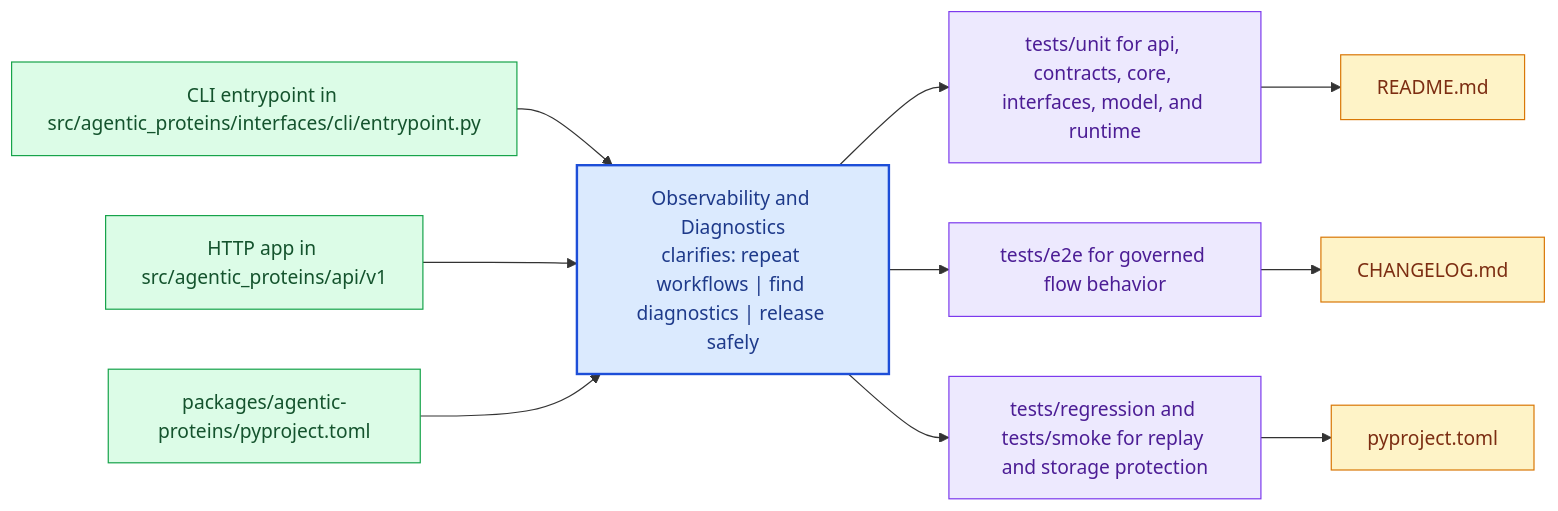
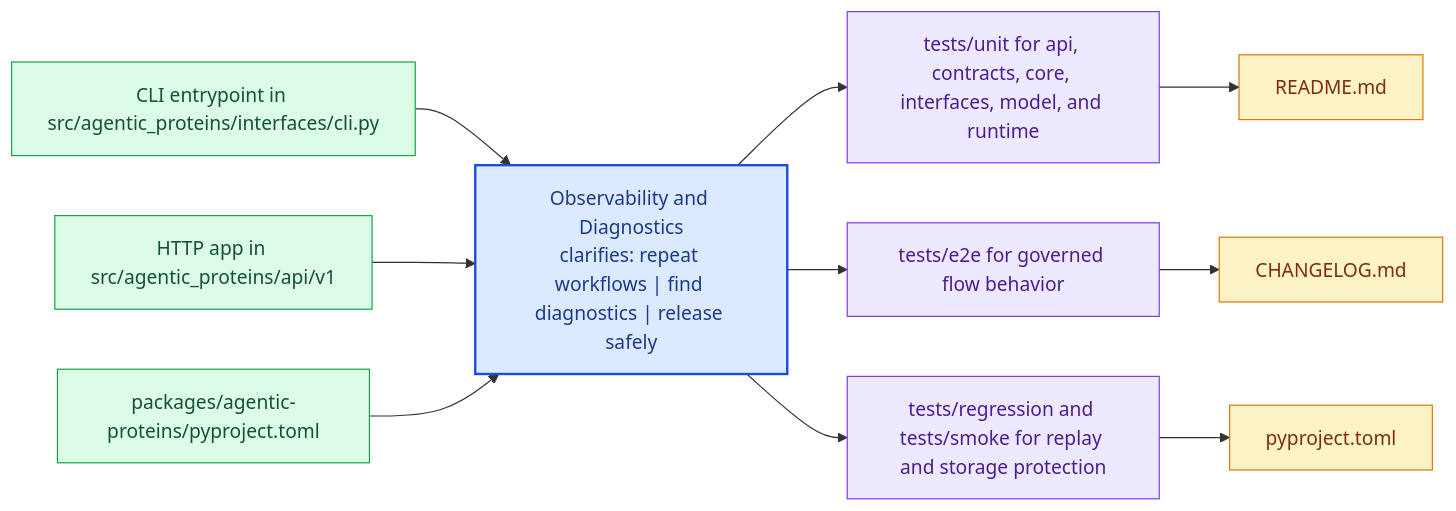
One commit to bijux/bijux-proteomics changed the diagram in docs/agentic-proteins/operations/observability-and-diagnostics.md. Above: the diagram before and after it, drawn with Mermaid. The commit also changed 24 other files, not shown here.

Commit message:
docs(agentic-proteins): deepen runtime handbook and align execution anchors to real modules

````diff
--- a/docs/agentic-proteins/operations/observability-and-diagnostics.md
+++ b/docs/agentic-proteins/operations/observability-and-diagnostics.md
@@ -21,31 +21,31 @@
 ```mermaid
 flowchart LR
     page["Observability and Diagnostics<br/>clarifies: repeat workflows | find diagnostics | release safely"]
     classDef page fill:#dbeafe,stroke:#1d4ed8,color:#1e3a8a,stroke-width:2px;
     classDef positive fill:#dcfce7,stroke:#16a34a,color:#14532d;
     classDef caution fill:#fee2e2,stroke:#dc2626,color:#7f1d1d;
     classDef anchor fill:#ede9fe,stroke:#7c3aed,color:#4c1d95;
     classDef action fill:#fef3c7,stroke:#d97706,color:#7c2d12;
-    step1["CLI entrypoint in src/agentic_proteins/interfaces/cli/entrypoint.py"]
+    step1["CLI entrypoint in src/agentic_proteins/interfaces/cli.py"]
     step1 --> page
     step2["HTTP app in src/agentic_proteins/api/v1"]
     step2 --> page
     step3["packages/agentic-proteins/pyproject.toml"]
     step3 --> page
     run1["tests/unit for api, contracts, core, interfaces, model, and runtime"]
     page --> run1
     run2["tests/e2e for governed flow behavior"]
     page --> run2
     run3["tests/regression and tests/smoke for replay and storage protection"]
     page --> run3
     release1["README.md"]
     run1 --> release1
     release2["CHANGELOG.md"]
     run2 --> release2
     release3["pyproject.toml"]
     run3 --> release3
     class page page;
     class step1,step2,step3 positive;
     class run1,run2,run3 anchor;
     class release1,release2,release3 action;
 ```
````
